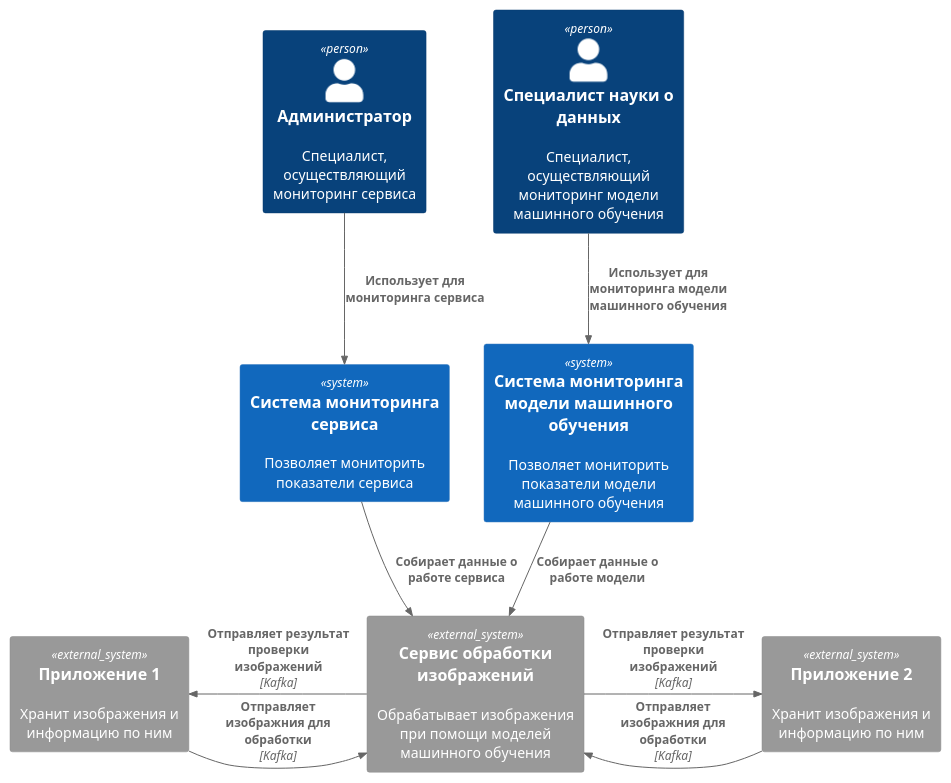
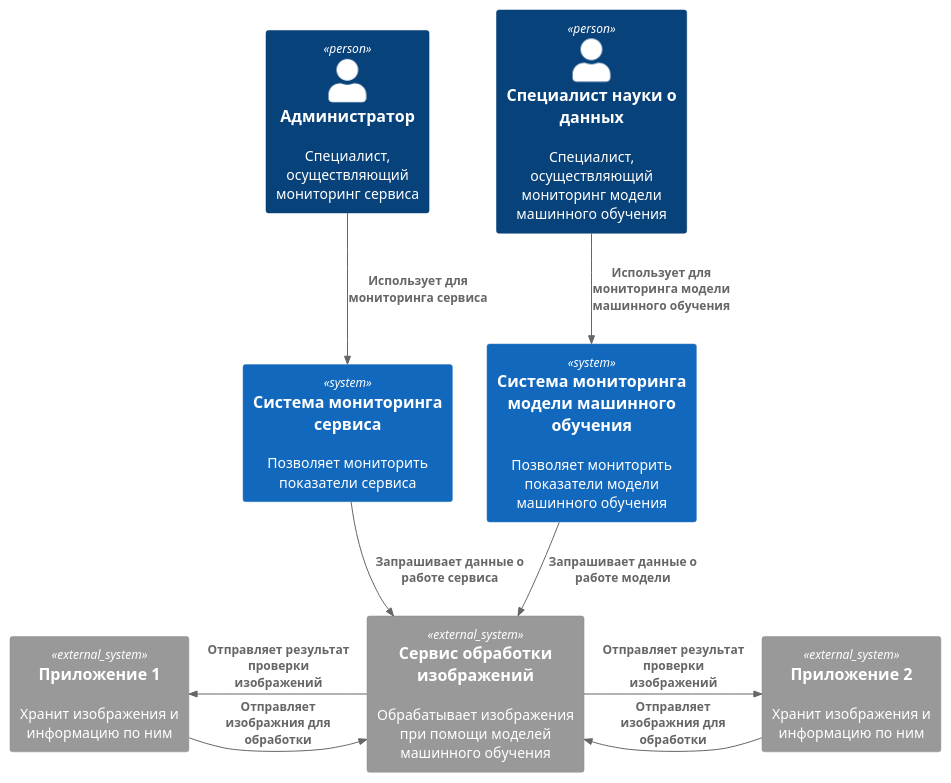
One commit to Dushenin/monitoring-ml-kafka changed the diagram in docs/C4/puml/Context_old.puml. Above: the diagram before and after it, drawn with PlantUML. The commit also changed 3 other files, not shown here.

Commit message:
Change context diagram

```diff
--- a/docs/C4/puml/Context_old.puml
+++ b/docs/C4/puml/Context_old.puml
@@ -1,28 +1,28 @@
 @startuml "old_c4_context_image_service"
 !include ../../libs/C4_Context.puml
 
 ' LAYOUT_WITH_LEGEND()
 
 ' title Контекстная диаграмма системы мониторинга информационно-технологического сервиса обработки изображений
 
 Person(admin, "Администратор", "Специалист, осуществляющий мониторинг сервиса")
 Person(data_scientist, "Специалист науки о данных", "Специалист, осуществляющий мониторинг модели машинного обучения")
 
 System(service_monitoring_system, "Система мониторинга сервиса", "Позволяет мониторить показатели сервиса")
 System(ml_monitoring_system, "Система мониторинга модели машинного обучения", "Позволяет мониторить показатели модели машинного обучения")
 
 System_Ext(ml_service, "Сервис обработки изображений", "Обрабатывает изображения при помощи моделей машинного обучения")
 System_Ext(service_1, "Приложение 1", "Хранит изображения и информацию по ним")
 System_Ext(service_2, "Приложение 2", "Хранит изображения и информацию по ним")
 
 Rel(admin, service_monitoring_system, "Использует для мониторинга сервиса")
 Rel(data_scientist, ml_monitoring_system, "Использует для мониторинга модели машинного обучения")
 
-Rel(service_monitoring_system, ml_service, "Собирает данные о работе сервиса")
-Rel(ml_monitoring_system, ml_service, "Собирает данные о работе модели")
+Rel(service_monitoring_system, ml_service, "Запрашивает данные о работе сервиса")
+Rel(ml_monitoring_system, ml_service, "Запрашивает данные о работе модели")
 
-Rel_Neighbor(service_1, ml_service, "Отправляет изображния для обработки", "Kafka")
-Rel_Neighbor(ml_service, service_1, "Отправляет результат проверки изображений", "Kafka")
-Rel_Neighbor(service_2, ml_service, "Отправляет изображния для обработки", "Kafka")
-Rel_Neighbor(ml_service, service_2, "Отправляет результат проверки изображений", "Kafka")
+Rel_Neighbor(service_1, ml_service, "Отправляет изображния для обработки")
+Rel_Neighbor(ml_service, service_1, "Отправляет результат проверки изображений")
+Rel_Neighbor(service_2, ml_service, "Отправляет изображния для обработки")
+Rel_Neighbor(ml_service, service_2, "Отправляет результат проверки изображений")
 @enduml
```
